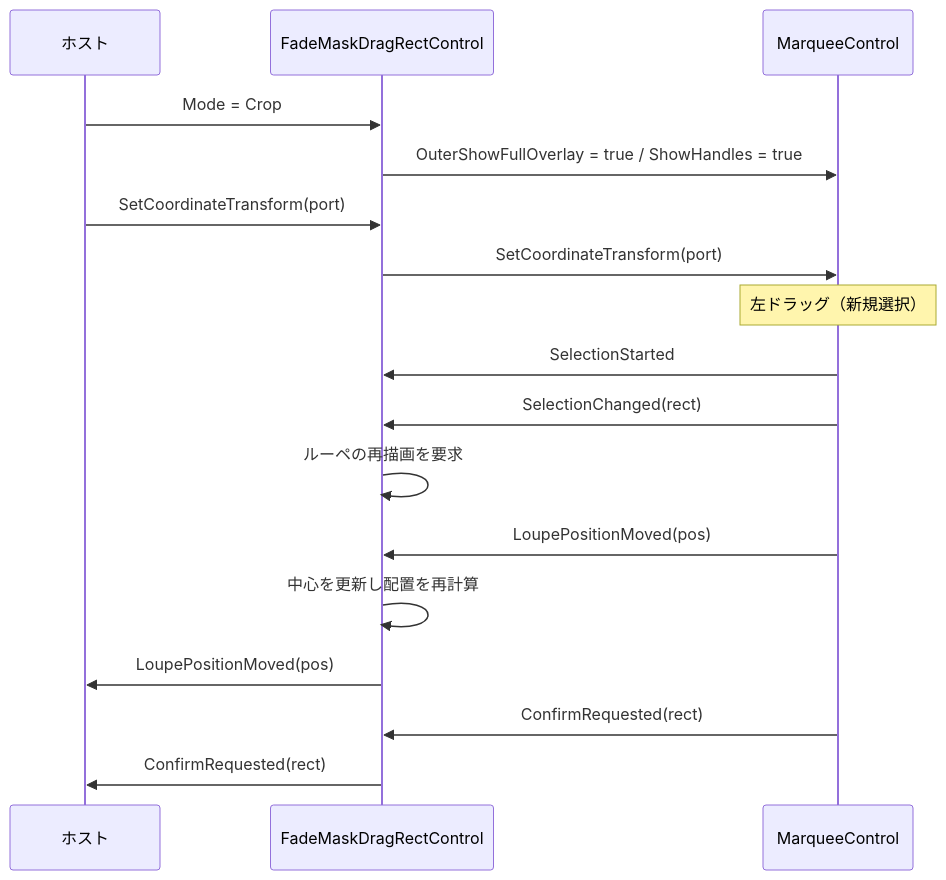
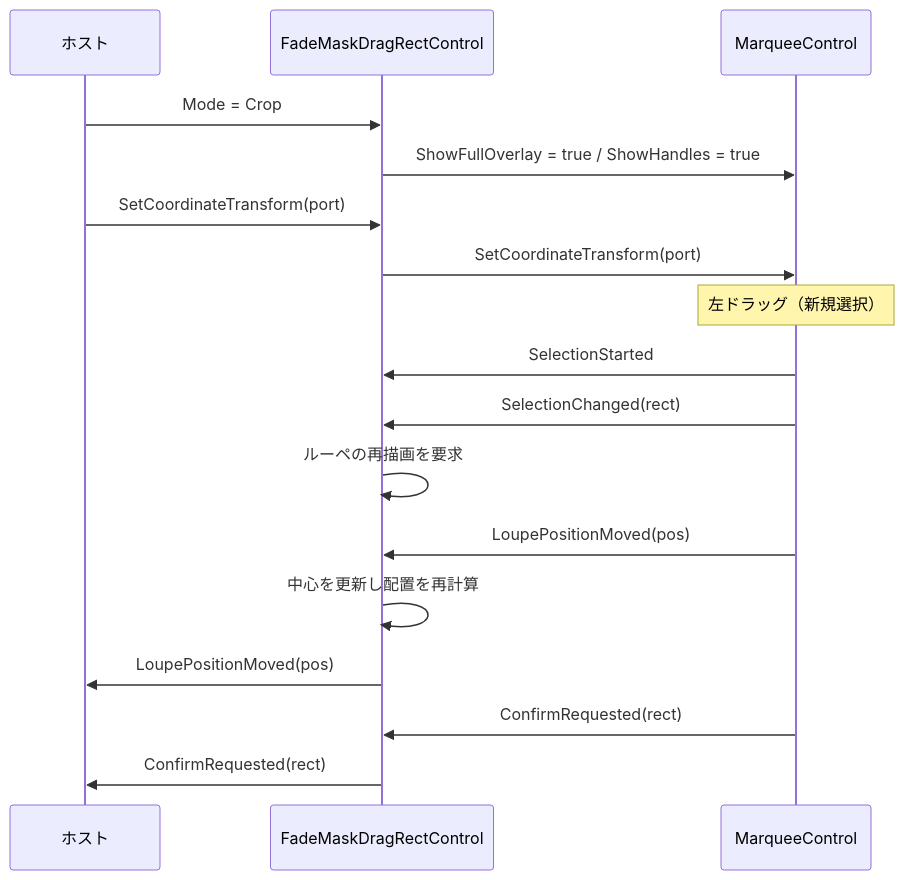
The second of 4 diagrams in src/FadeMaskDragRectControl.MewUI/SPEC_System.md (tomokuni/SaveEvidence), drawn with Mermaid before and after one commit. The commit also changed other lines of this file and 33 other files, not shown here.

````diff
--- a/src/FadeMaskDragRectControl.MewUI/SPEC_System.md
+++ b/src/FadeMaskDragRectControl.MewUI/SPEC_System.md
@@ -173,20 +173,20 @@
 ```mermaid
 sequenceDiagram
     participant Host as ホスト
     participant Facade as FadeMaskDragRectControl
     participant Drag as MarqueeControl
 
     Host->>Facade: Mode = Crop
-    Facade->>Drag: OuterShowFullOverlay = true / ShowHandles = true
+    Facade->>Drag: ShowFullOverlay = true / ShowHandles = true
     Host->>Facade: SetCoordinateTransform(port)
     Facade->>Drag: SetCoordinateTransform(port)
     Note over Drag: 左ドラッグ（新規選択）
     Drag->>Facade: SelectionStarted
     Drag->>Facade: SelectionChanged(rect)
     Facade->>Facade: ルーペの再描画を要求
     Drag->>Facade: LoupePositionMoved(pos)
     Facade->>Facade: 中心を更新し配置を再計算
     Facade->>Host: LoupePositionMoved(pos)
     Drag->>Facade: ConfirmRequested(rect)
     Facade->>Host: ConfirmRequested(rect)
 ```
````
